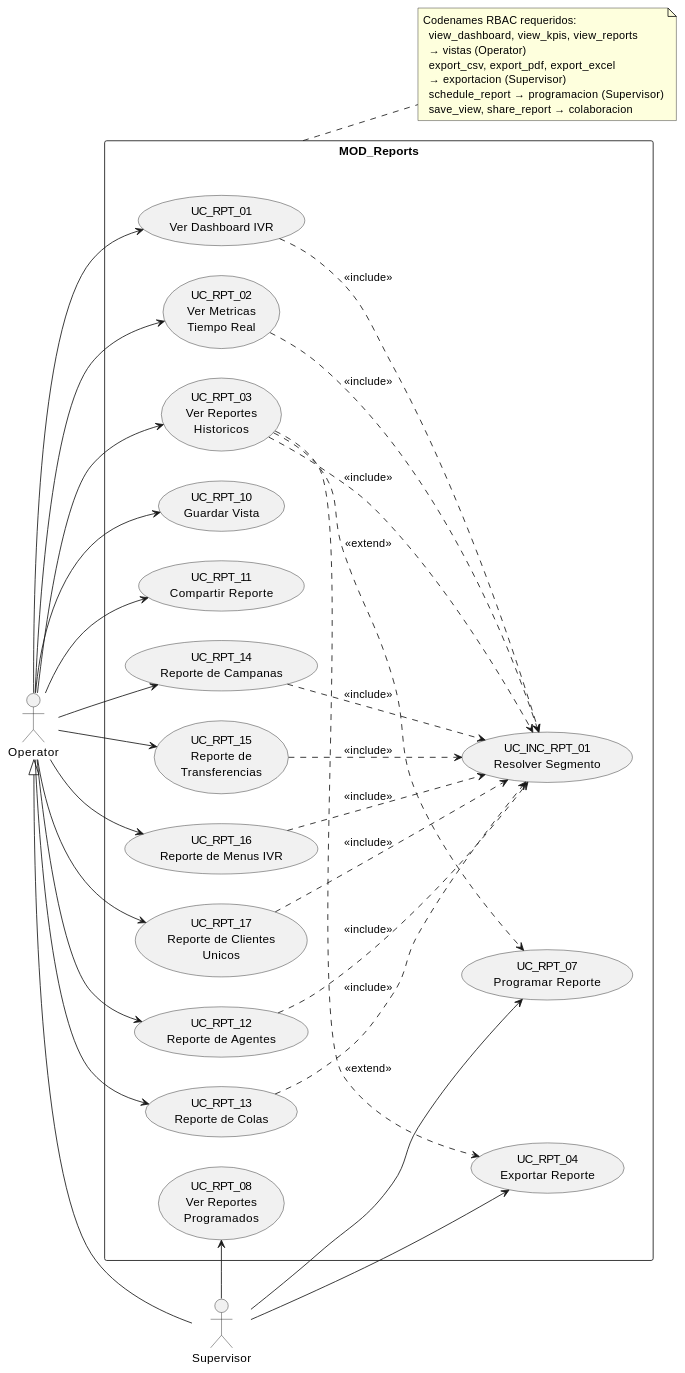
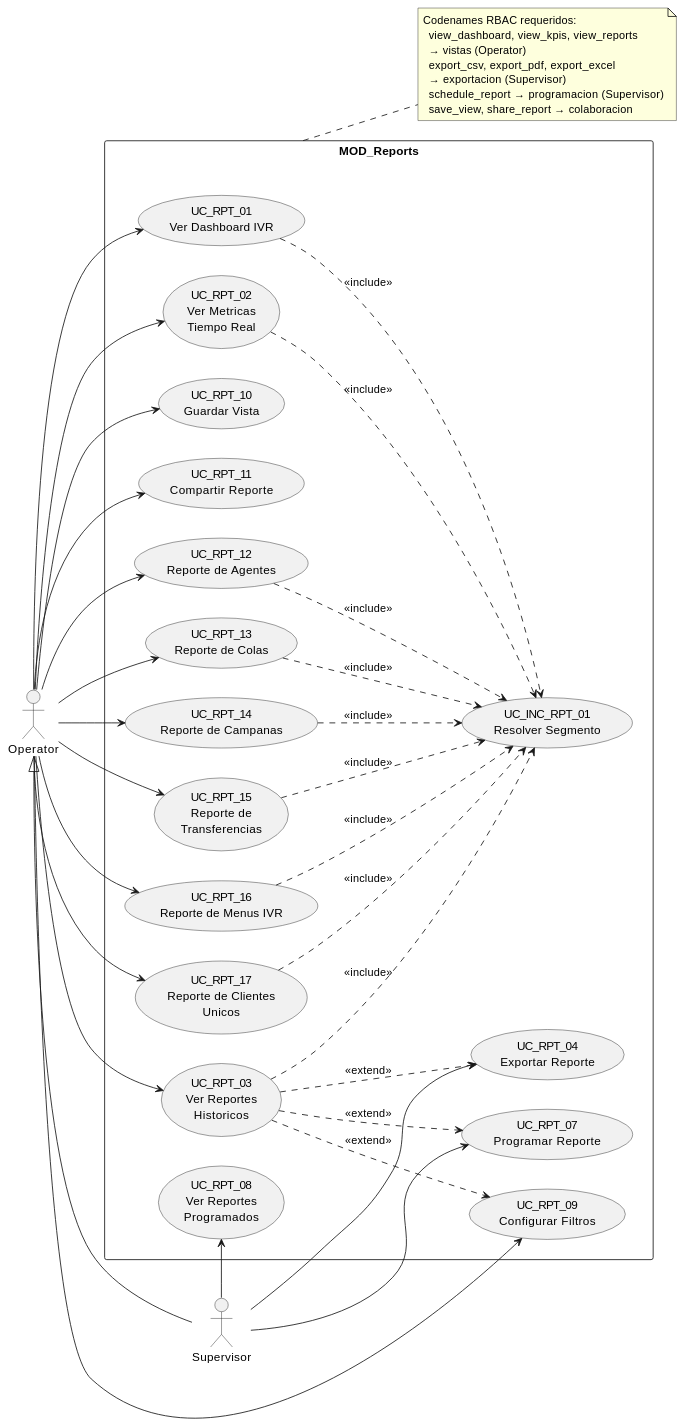
One commit to jcg-admin/IACT-docs changed the diagram in source/arquitectura-tecnica/use-case-view/uc-reports.rst. Above: the diagram before and after it, drawn with PlantUML. The commit also changed 5 other files, not shown here.

```diff
--- a/source/arquitectura-tecnica/use-case-view/uc-reports.rst
+++ b/source/arquitectura-tecnica/use-case-view/uc-reports.rst
@@ -24,70 +24,73 @@
 .. uml::
  :caption: MOD_Reports — actores canónicos (roles RBAC) y
            UCs operativos del módulo.
 
  @startuml
  left to right direction
 
  actor Operator
  actor Supervisor
 
  Operator <|-- Supervisor
 
  rectangle "MOD_Reports" {
    usecase "UC_INC_RPT_01\nResolver Segmento" as INC
    usecase "UC_RPT_01\nVer Dashboard IVR" as VER_DASHBOARD_IVR
    usecase "UC_RPT_02\nVer Metricas\nTiempo Real" as VER_METRICAS_TIEMPO_REAL
    usecase "UC_RPT_03\nVer Reportes\nHistoricos" as VER_REPORTES_HISTORICOS
    usecase "UC_RPT_04\nExportar Reporte" as EXPORTAR_REPORTE
    usecase "UC_RPT_07\nProgramar Reporte" as PROGRAMAR_REPORTE
    usecase "UC_RPT_08\nVer Reportes\nProgramados" as VER_REPORTES_PROGRAMADOS
+   usecase "UC_RPT_09\nConfigurar Filtros" as CONFIGURAR_FILTROS
    usecase "UC_RPT_10\nGuardar Vista" as GUARDAR_VISTA
    usecase "UC_RPT_11\nCompartir Reporte" as COMPARTIR_REPORTE
    usecase "UC_RPT_12\nReporte de Agentes" as REPORTE_AGENTES
    usecase "UC_RPT_13\nReporte de Colas" as REPORTE_COLAS
    usecase "UC_RPT_14\nReporte de Campanas" as REPORTE_CAMPANAS
    usecase "UC_RPT_15\nReporte de\nTransferencias" as REPORTE_TRANSFERENCIAS
    usecase "UC_RPT_16\nReporte de Menus IVR" as REPORTE_MENUS_IVR
    usecase "UC_RPT_17\nReporte de Clientes\nUnicos" as REPORTE_CLIENTES_UNICOS
  }
 
  Operator --> VER_DASHBOARD_IVR
  Operator --> VER_METRICAS_TIEMPO_REAL
  Operator --> VER_REPORTES_HISTORICOS
  Operator --> REPORTE_AGENTES
  Operator --> REPORTE_COLAS
  Operator --> REPORTE_CAMPANAS
  Operator --> REPORTE_TRANSFERENCIAS
  Operator --> REPORTE_MENUS_IVR
  Operator --> REPORTE_CLIENTES_UNICOS
  Operator --> GUARDAR_VISTA
  Operator --> COMPARTIR_REPORTE
+ Operator --> CONFIGURAR_FILTROS
 
  Supervisor --> EXPORTAR_REPORTE
  Supervisor --> PROGRAMAR_REPORTE
  Supervisor --> VER_REPORTES_PROGRAMADOS
 
  VER_DASHBOARD_IVR ..> INC : <<include>>
  VER_METRICAS_TIEMPO_REAL ..> INC : <<include>>
  VER_REPORTES_HISTORICOS ..> INC : <<include>>
  REPORTE_AGENTES ..> INC : <<include>>
  REPORTE_COLAS ..> INC : <<include>>
  REPORTE_CAMPANAS ..> INC : <<include>>
  REPORTE_TRANSFERENCIAS ..> INC : <<include>>
  REPORTE_MENUS_IVR ..> INC : <<include>>
  REPORTE_CLIENTES_UNICOS ..> INC : <<include>>
 
  VER_REPORTES_HISTORICOS ..> EXPORTAR_REPORTE : <<extend>>
  VER_REPORTES_HISTORICOS ..> PROGRAMAR_REPORTE : <<extend>>
+ VER_REPORTES_HISTORICOS ..> CONFIGURAR_FILTROS : <<extend>>
 
  note right of MOD_Reports
    Codenames RBAC requeridos:
      view_dashboard, view_kpis, view_reports
      → vistas (Operator)
      export_csv, export_pdf, export_excel
      → exportacion (Supervisor)
      schedule_report → programacion (Supervisor)
      save_view, share_report → colaboracion
  end note
 
  @enduml
```
